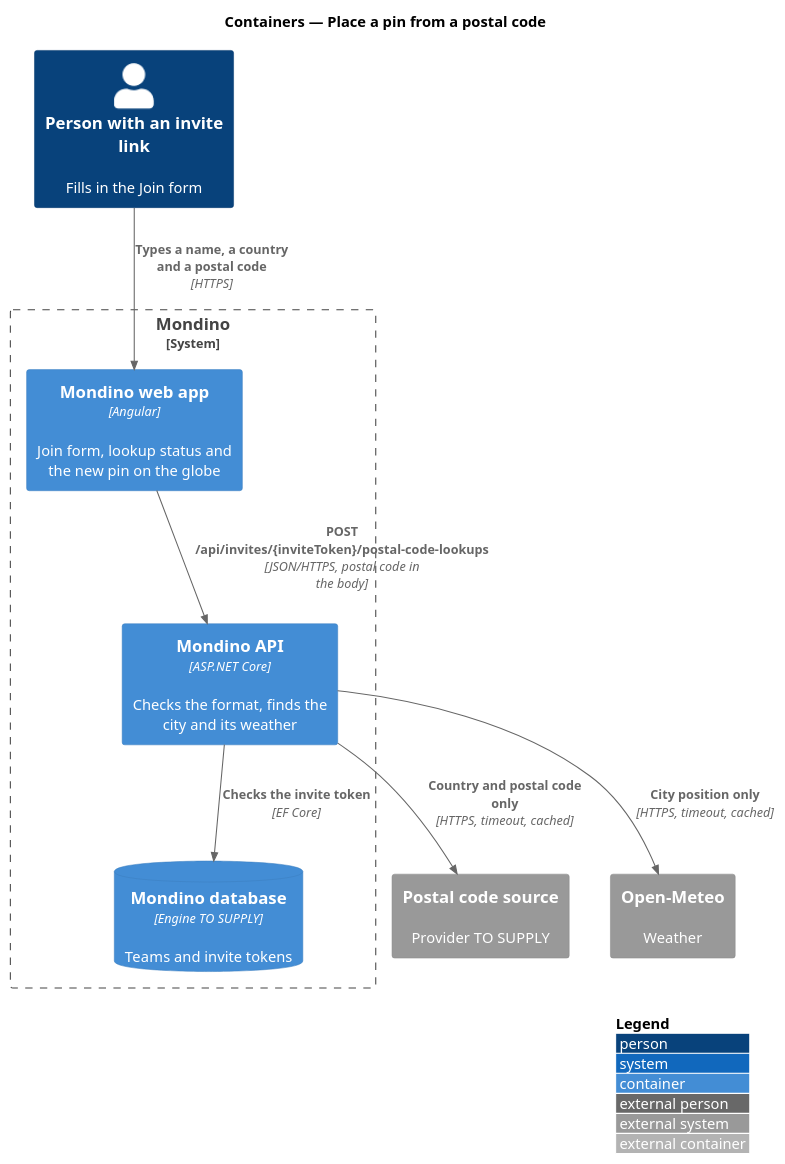
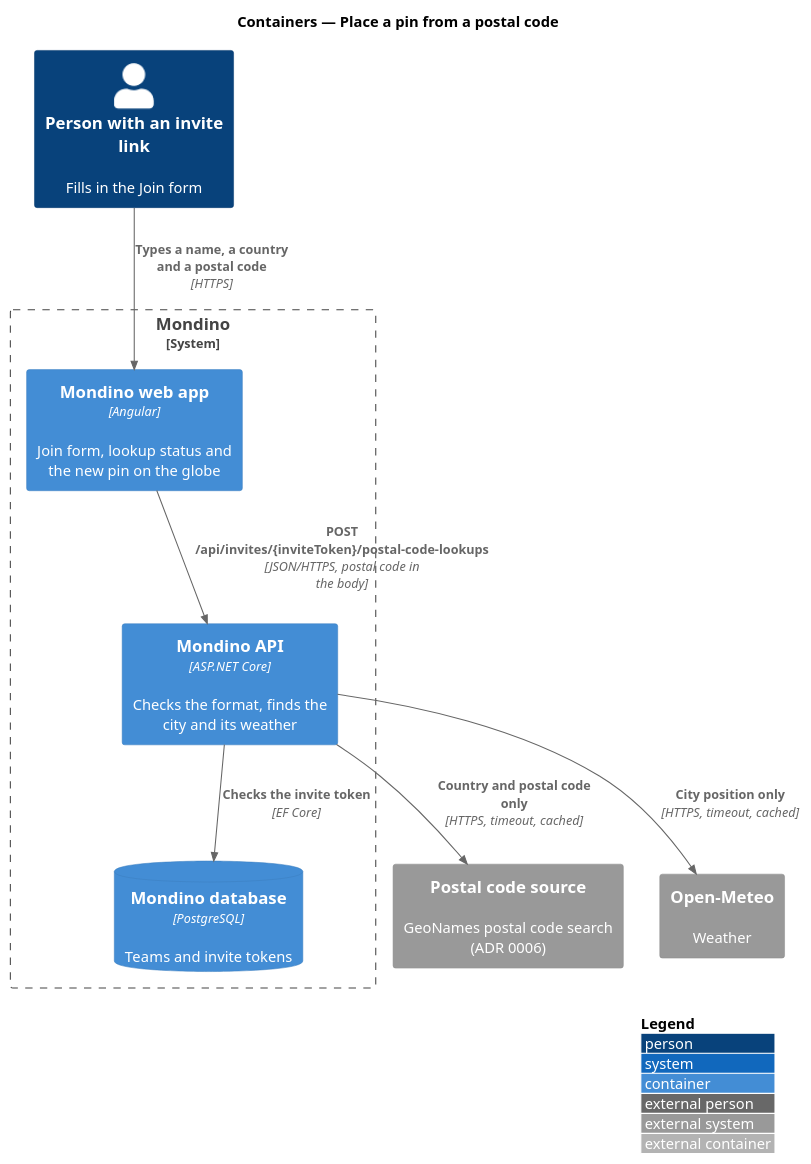
Before and after one commit to QuinntyneBrown/Mondino: the diagram in docs/detailed-designs/joining/place-pin-from-postal-code/diagrams/c4-container.puml, drawn with PlantUML. The commit also changed 36 other files, not shown here.

First line of the commit message:
Draw the city list, choose GeoNames as the postal code source and settle the lookup's open points

```diff
--- a/docs/detailed-designs/joining/place-pin-from-postal-code/diagrams/c4-container.puml
+++ b/docs/detailed-designs/joining/place-pin-from-postal-code/diagrams/c4-container.puml
@@ -1,20 +1,20 @@
 @startuml
 !include <C4/C4_Container>
 LAYOUT_WITH_LEGEND()
 title Containers — Place a pin from a postal code
 
 Person(person, "Person with an invite link", "Fills in the Join form")
 System_Boundary(mondino, "Mondino") {
   Container(web, "Mondino web app", "Angular", "Join form, lookup status and the new pin on the globe")
   Container(api, "Mondino API", "ASP.NET Core", "Checks the format, finds the city and its weather")
-  ContainerDb(db, "Mondino database", "Engine TO SUPPLY", "Teams and invite tokens")
+  ContainerDb(db, "Mondino database", "PostgreSQL", "Teams and invite tokens")
 }
-System_Ext(postal, "Postal code source", "Provider TO SUPPLY")
+System_Ext(postal, "Postal code source", "GeoNames postal code search (ADR 0006)")
 System_Ext(meteo, "Open-Meteo", "Weather")
 
 Rel(person, web, "Types a name, a country and a postal code", "HTTPS")
 Rel(web, api, "POST /api/invites/{inviteToken}/postal-code-lookups", "JSON/HTTPS, postal code in the body")
 Rel(api, db, "Checks the invite token", "EF Core")
 Rel(api, postal, "Country and postal code only", "HTTPS, timeout, cached")
 Rel(api, meteo, "City position only", "HTTPS, timeout, cached")
 @enduml
```
